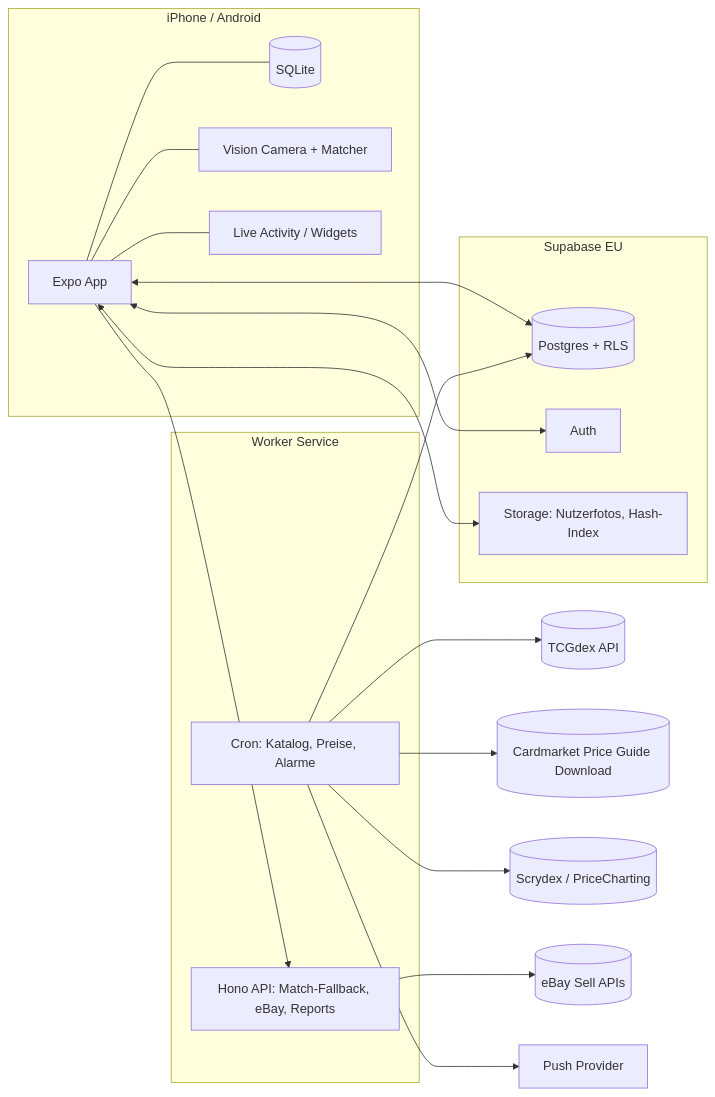
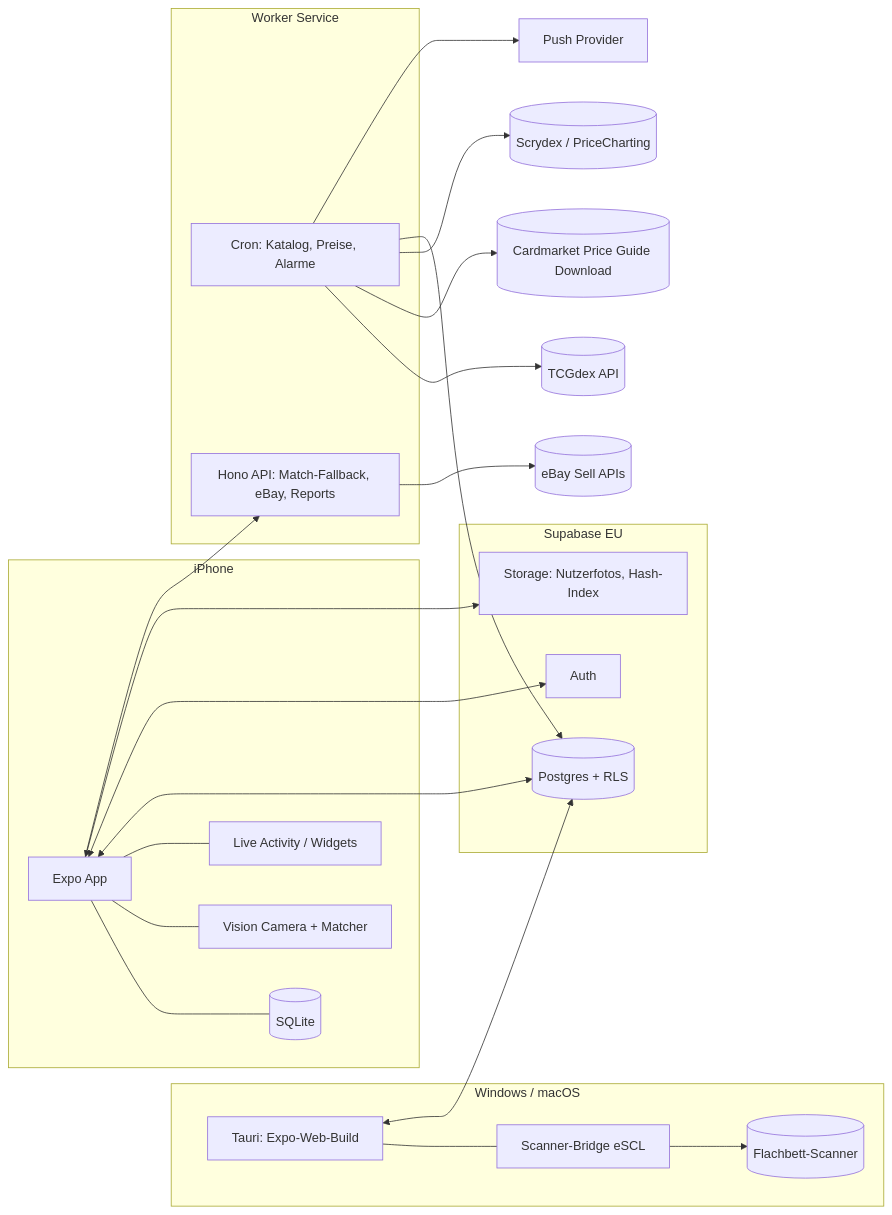
Before and after one commit to yesriskk/yesriskk: the diagram in docs/03-architecture.md, drawn with Mermaid. The commit also changed other lines of this file and 9 other files, not shown here.

First line of the commit message:
docs: Desktop-App mit Flachbett-Scanner aufnehmen, ADR-001 überarbeiten, ADR-003 und iOS-Release-Checkliste ergänzen

````diff
--- a/docs/03-architecture.md
+++ b/docs/03-architecture.md
@@ -40,35 +42,42 @@
 ```mermaid
 flowchart LR
-  subgraph Device[iPhone / Android]
+  subgraph Desktop[Windows / macOS]
+    DApp[Tauri: Expo-Web-Build]
+    Scan[Scanner-Bridge eSCL]
+    DApp --- Scan
+    Scan --> Flatbed[(Flachbett-Scanner)]
+  end
+  subgraph Device[iPhone]
     App[Expo App]
     LocalDB[(SQLite)]
     Cam[Vision Camera + Matcher]
     LA[Live Activity / Widgets]
     App --- LocalDB
     App --- Cam
     App --- LA
   end
   subgraph Supabase[Supabase EU]
     PG[(Postgres + RLS)]
     Auth[Auth]
     Store[Storage: Nutzerfotos, Hash-Index]
   end
   subgraph Worker[Worker Service]
     Cron[Cron: Katalog, Preise, Alarme]
     HTTP[Hono API: Match-Fallback, eBay, Reports]
   end
   TCGdex[(TCGdex API)]
   CM[(Cardmarket Price Guide Download)]
   Graded[(Scrydex / PriceCharting)]
   eBay[(eBay Sell APIs)]
+  DApp <--> PG
   App <--> PG
   App <--> Auth
   App <--> Store
   App --> HTTP
   Cron --> TCGdex
   Cron --> CM
   Cron --> Graded
   Cron --> PG
   HTTP --> eBay
   Cron --> Push[Push Provider]
 ```
````
